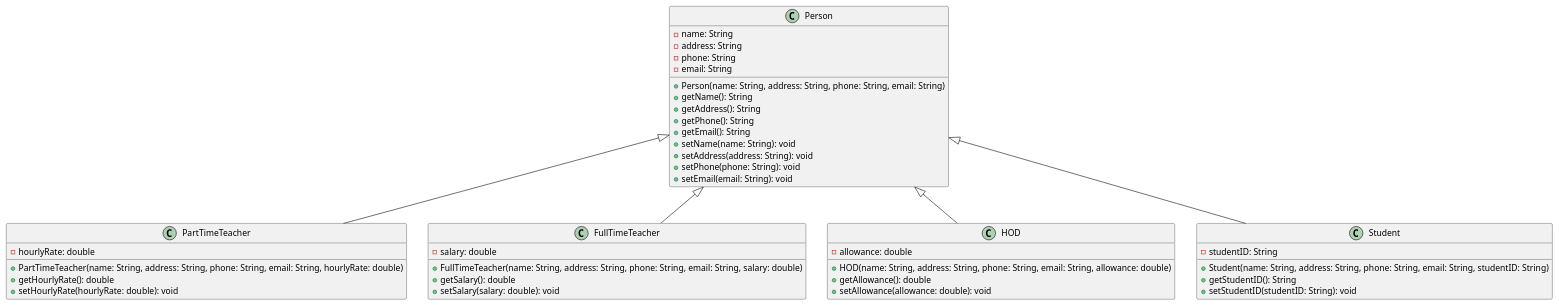
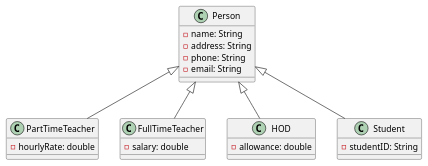
Before and after one commit to 7kylor/JavaPractice: the diagram in END_SEMESTER_EXAM/ESE_Slides_Activities/Unit1_Inheritance_Slides/Unit1Slide14ClassDiagram1.plantuml, drawn with PlantUML. The commit also changed other lines of this file and 1 other file, not shown here.

```diff
--- a/END_SEMESTER_EXAM/ESE_Slides_Activities/Unit1_Inheritance_Slides/Unit1Slide14ClassDiagram1.plantuml
+++ b/END_SEMESTER_EXAM/ESE_Slides_Activities/Unit1_Inheritance_Slides/Unit1Slide14ClassDiagram1.plantuml
@@ -6,52 +6,31 @@
 @startuml
 
 class Person {
     - name: String
     - address: String
     - phone: String
     - email: String
-    + Person(name: String, address: String, phone: String, email: String)
-    + getName(): String
-    + getAddress(): String
-    + getPhone(): String
-    + getEmail(): String
-    + setName(name: String): void
-    + setAddress(address: String): void
-    + setPhone(phone: String): void
-    + setEmail(email: String): void
 }
 
 class PartTimeTeacher {
     - hourlyRate: double
-    + PartTimeTeacher(name: String, address: String, phone: String, email: String, hourlyRate: double)
-    + getHourlyRate(): double
-    + setHourlyRate(hourlyRate: double): void
 }
 
 class FullTimeTeacher {
     - salary: double
-    + FullTimeTeacher(name: String, address: String, phone: String, email: String, salary: double)
-    + getSalary(): double
-    + setSalary(salary: double): void
 }
 
 class HOD {
     - allowance: double
-    + HOD(name: String, address: String, phone: String, email: String, allowance: double)
-    + getAllowance(): double
-    + setAllowance(allowance: double): void
 }
 
 class Student {
     - studentID: String
-    + Student(name: String, address: String, phone: String, email: String, studentID: String)
-    + getStudentID(): String
-    + setStudentID(studentID: String): void
 }
 
 Person <|-- PartTimeTeacher
 Person <|-- FullTimeTeacher
 Person <|-- HOD
 Person <|-- Student
 
 @enduml
```
